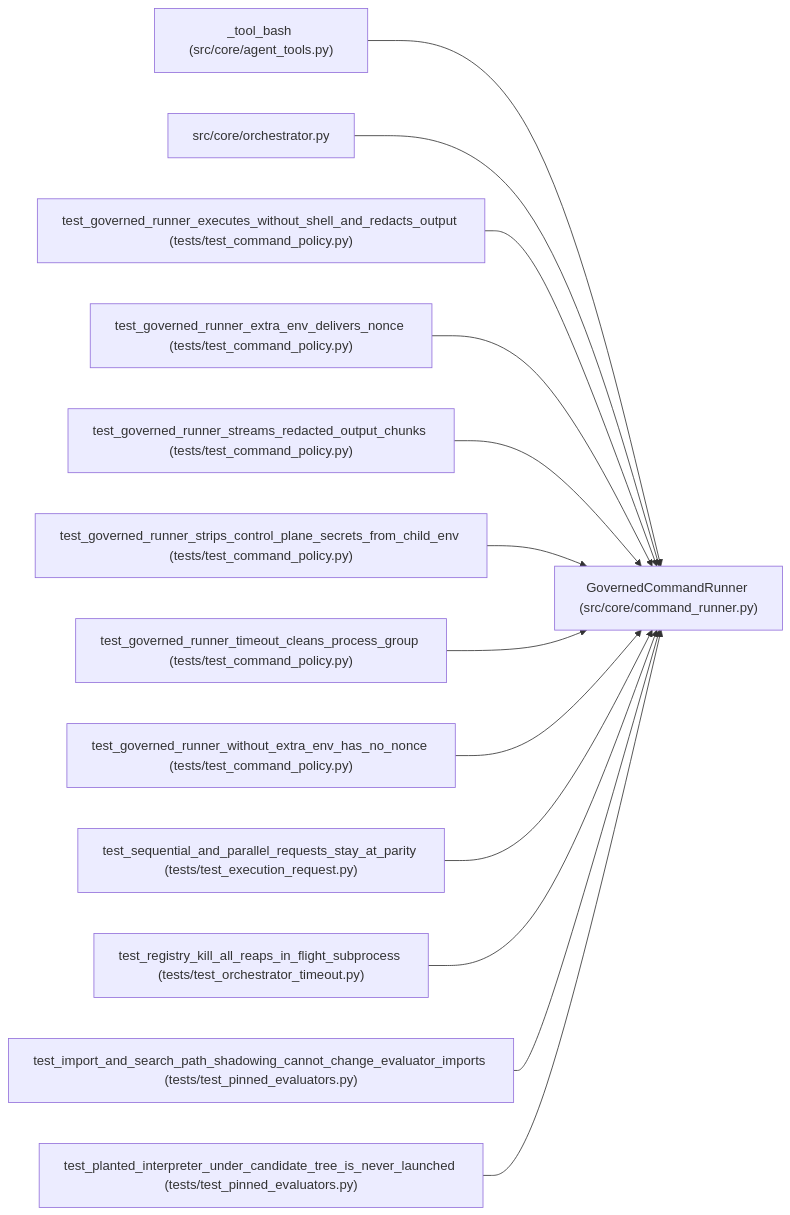
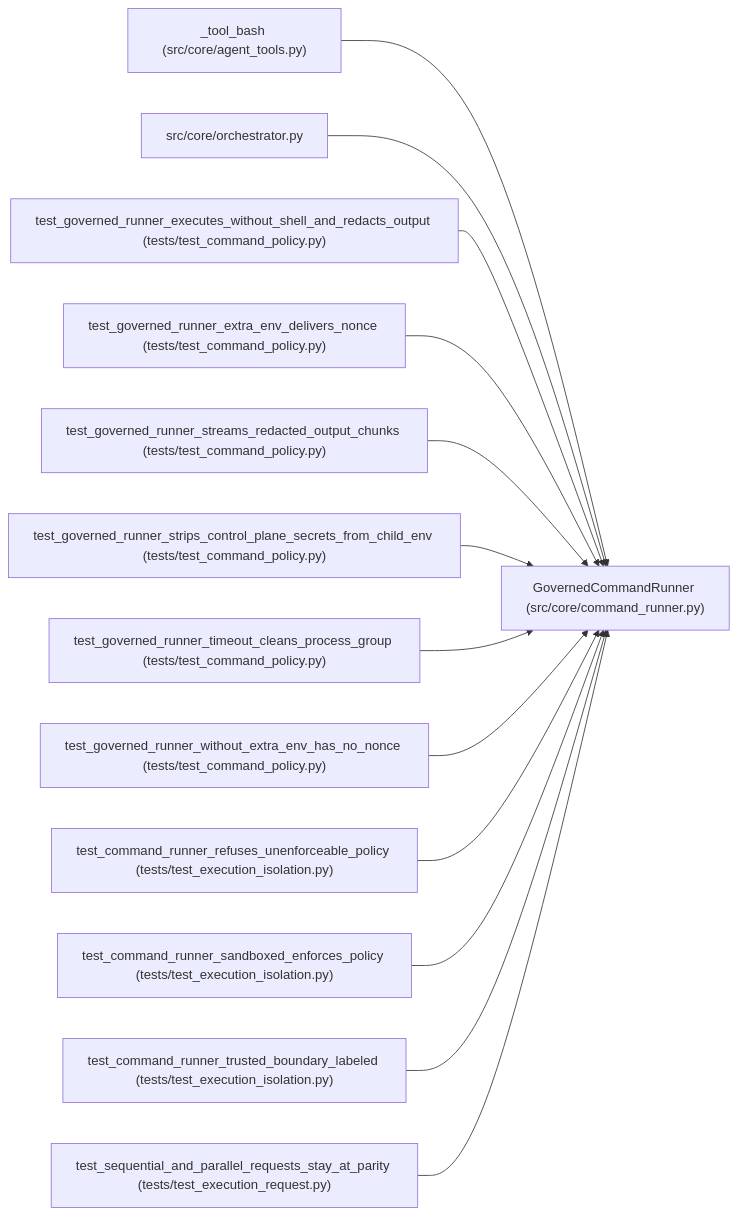
One commit to Denissvgn/autoresearch-agent changed the diagram in docs/llm_wiki/entities/GovernedCommandRunner.md. Above: the diagram before and after it, drawn with Mermaid. The commit also changed other lines of this file and 35 other files, not shown here.

Commit message:
docs(wiki): sync pages for the enforced process isolation boundary

````diff
--- a/docs/llm_wiki/entities/GovernedCommandRunner.md
+++ b/docs/llm_wiki/entities/GovernedCommandRunner.md
@@ -26,41 +26,41 @@
 ```mermaid
 flowchart LR
     n0["GovernedCommandRunner (src/core/command_runner.py)"]
     n1["_tool_bash (src/core/agent_tools.py)"]
     n2["src/core/orchestrator.py"]
     n3["test_governed_runner_executes_without_shell_and_redacts_output (tests/test_command_policy.py)"]
     n4["test_governed_runner_extra_env_delivers_nonce (tests/test_command_policy.py)"]
     n5["test_governed_runner_streams_redacted_output_chunks (tests/test_command_policy.py)"]
     n6["test_governed_runner_strips_control_plane_secrets_from_child_env (tests/test_command_policy.py)"]
     n7["test_governed_runner_timeout_cleans_process_group (tests/test_command_policy.py)"]
     n8["test_governed_runner_without_extra_env_has_no_nonce (tests/test_command_policy.py)"]
-    n9["test_sequential_and_parallel_requests_stay_at_parity (tests/test_execution_request.py)"]
-    n10["test_registry_kill_all_reaps_in_flight_subprocess (tests/test_orchestrator_timeout.py)"]
-    n11["test_import_and_search_path_shadowing_cannot_change_evaluator_imports (tests/test_pinned_evaluators.py)"]
-    n12["test_planted_interpreter_under_candidate_tree_is_never_launched (tests/test_pinned_evaluators.py)"]
+    n9["test_command_runner_refuses_unenforceable_policy (tests/test_execution_isolation.py)"]
+    n10["test_command_runner_sandboxed_enforces_policy (tests/test_execution_isolation.py)"]
+    n11["test_command_runner_trusted_boundary_labeled (tests/test_execution_isolation.py)"]
+    n12["test_sequential_and_parallel_requests_stay_at_parity (tests/test_execution_request.py)"]
     n1 --> n0
     n2 --> n0
     n3 --> n0
     n4 --> n0
     n5 --> n0
     n6 --> n0
     n7 --> n0
     n8 --> n0
     n9 --> n0
     n10 --> n0
     n11 --> n0
     n12 --> n0
     click n0 "../modules/command_runner.md"
     click n1 "../modules/agent_tools.md"
     click n2 "../modules/orchestrator.md"
     click n3 "../modules/test_command_policy.md"
     click n4 "../modules/test_command_policy.md"
     click n5 "../modules/test_command_policy.md"
     click n6 "../modules/test_command_policy.md"
     click n7 "../modules/test_command_policy.md"
     click n8 "../modules/test_command_policy.md"
-    click n9 "../modules/test_execution_request.md"
-    click n10 "../modules/test_orchestrator_timeout.md"
-    click n11 "../modules/test_pinned_evaluators.md"
-    click n12 "../modules/test_pinned_evaluators.md"
+    click n9 "../modules/test_execution_isolation.md"
+    click n10 "../modules/test_execution_isolation.md"
+    click n11 "../modules/test_execution_isolation.md"
+    click n12 "../modules/test_execution_request.md"
 ```
````
